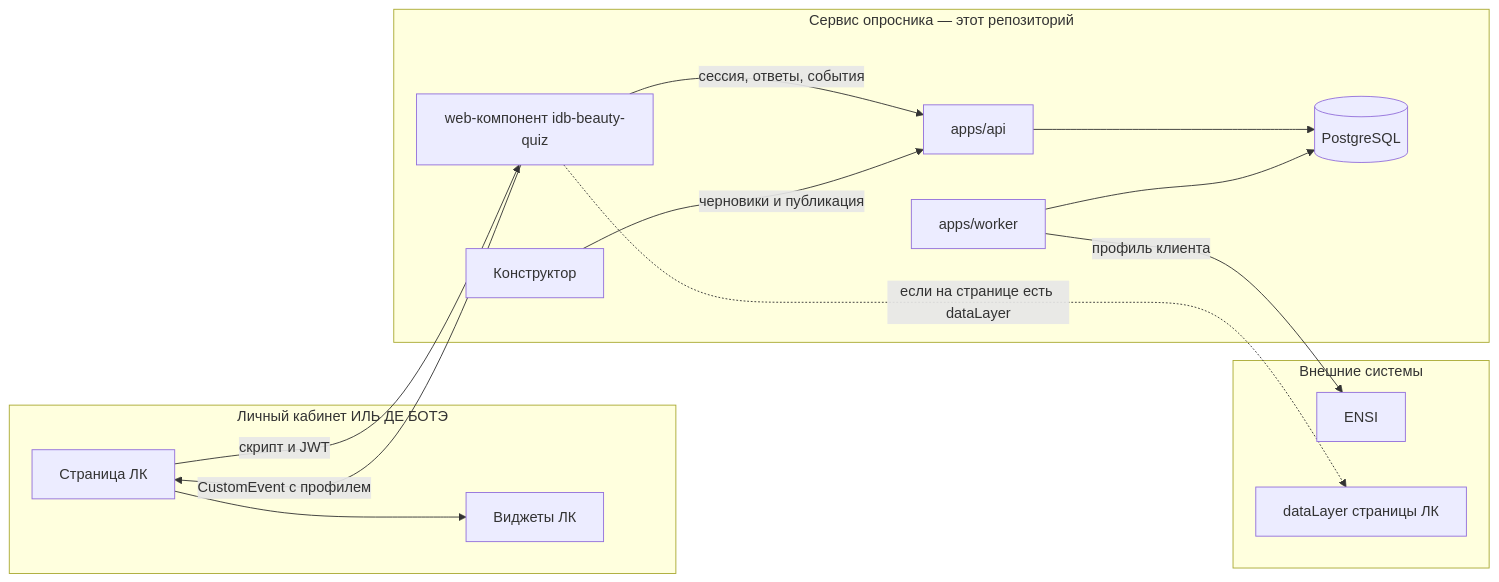
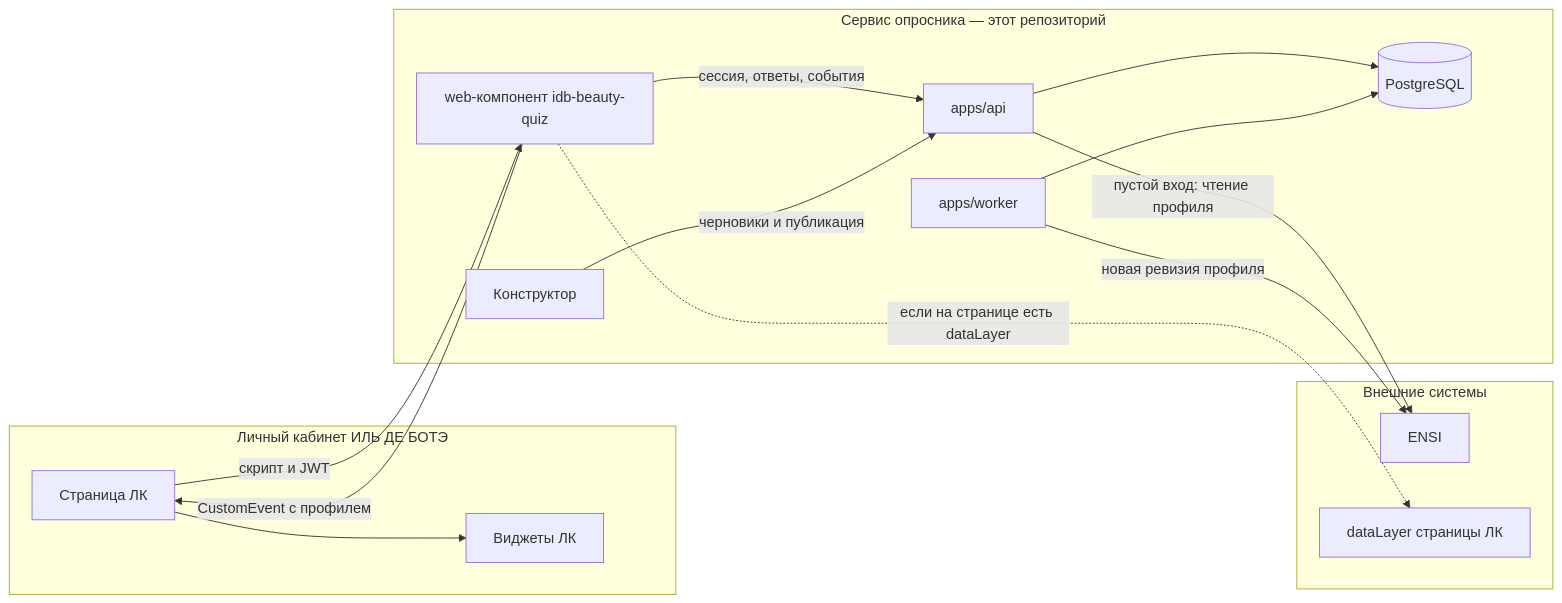
Before and after one commit to pomazkoff/idb-beauty-passport: the diagram in docs/ARCHITECTURE.md, drawn with Mermaid. The commit also changed other lines of this file and 21 other files, not shown here.

First line of the commit message:
feat: читать профиль из ENSI при входе и зафиксировать прод ИДБ

````diff
--- a/docs/ARCHITECTURE.md
+++ b/docs/ARCHITECTURE.md
@@ -26,30 +26,31 @@
 ```mermaid
 flowchart LR
   subgraph lk [Личный кабинет ИЛЬ ДЕ БОТЭ]
     Page[Страница ЛК]
     Cabinet[Виджеты ЛК]
   end
 
   subgraph quiz [Сервис опросника — этот репозиторий]
     Embed["web-компонент idb-beauty-quiz"]
     API[apps/api]
     Worker[apps/worker]
     DB[(PostgreSQL)]
     Admin[Конструктор]
   end
 
   subgraph external [Внешние системы]
     ENSI[ENSI]
     GTM[dataLayer страницы ЛК]
   end
 
   Page -->|скрипт и JWT| Embed
   Embed -->|сессия, ответы, события| API
   Embed -->|CustomEvent с профилем| Page
   Page --> Cabinet
   Embed -.->|если на странице есть dataLayer| GTM
   API --> DB
   Worker --> DB
-  Worker -->|профиль клиента| ENSI
+  API -->|пустой вход: чтение профиля| ENSI
+  Worker -->|новая ревизия профиля| ENSI
   Admin -->|черновики и публикация| API
 ```
````
